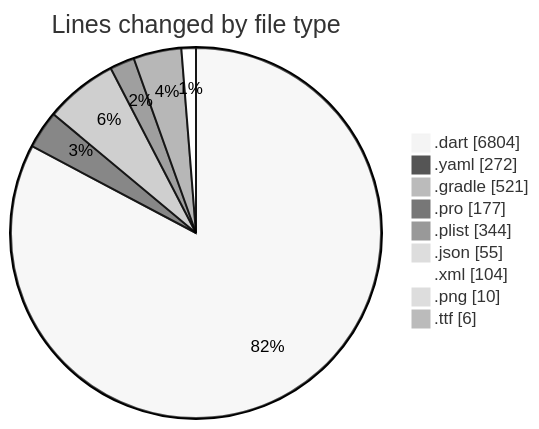
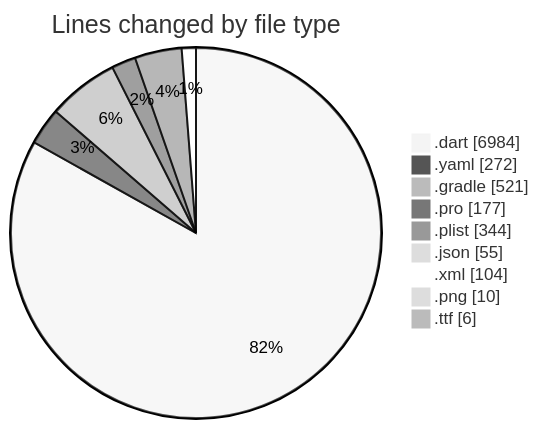
One commit to lephambinh05/code-tracking changed the first of 2 diagrams in 2025-07-29/appproject/README.md. Above: the diagram before and after it, drawn with Mermaid (neutral theme). The commit also changed other lines of this file and 1 other file, not shown here.

````diff
--- a/2025-07-29/appproject/README.md
+++ b/2025-07-29/appproject/README.md
@@ -57,13 +57,13 @@
 ```mermaid
 pie showData
 title Lines changed by file type
-".dart" : 6804
+".dart" : 6984
 ".yaml" : 272
 ".gradle" : 521
 ".pro" : 177
 ".plist" : 344
 ".json" : 55
 ".xml" : 104
 ".png" : 10
 ".ttf" : 6
 ```
````
